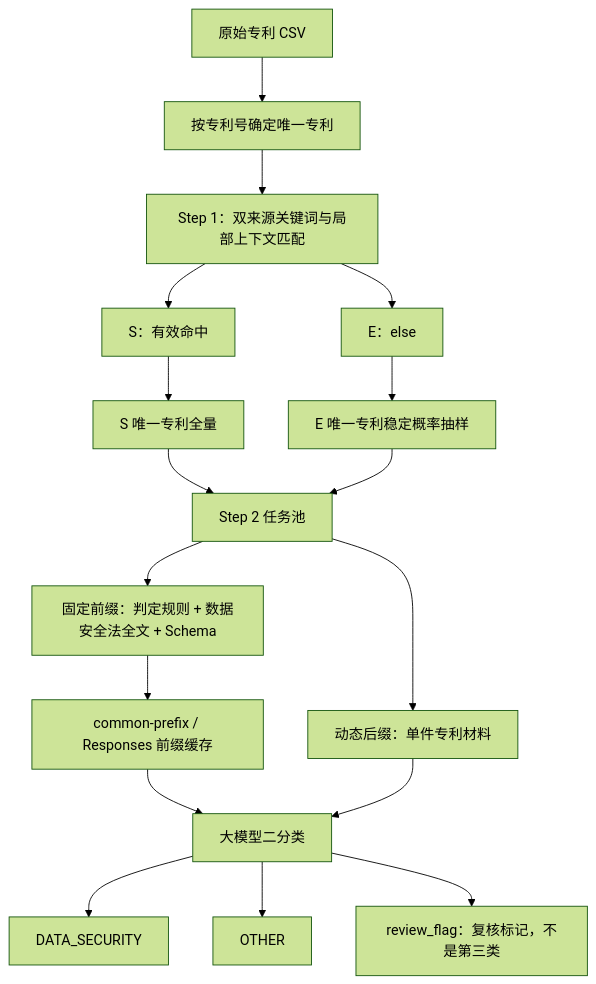
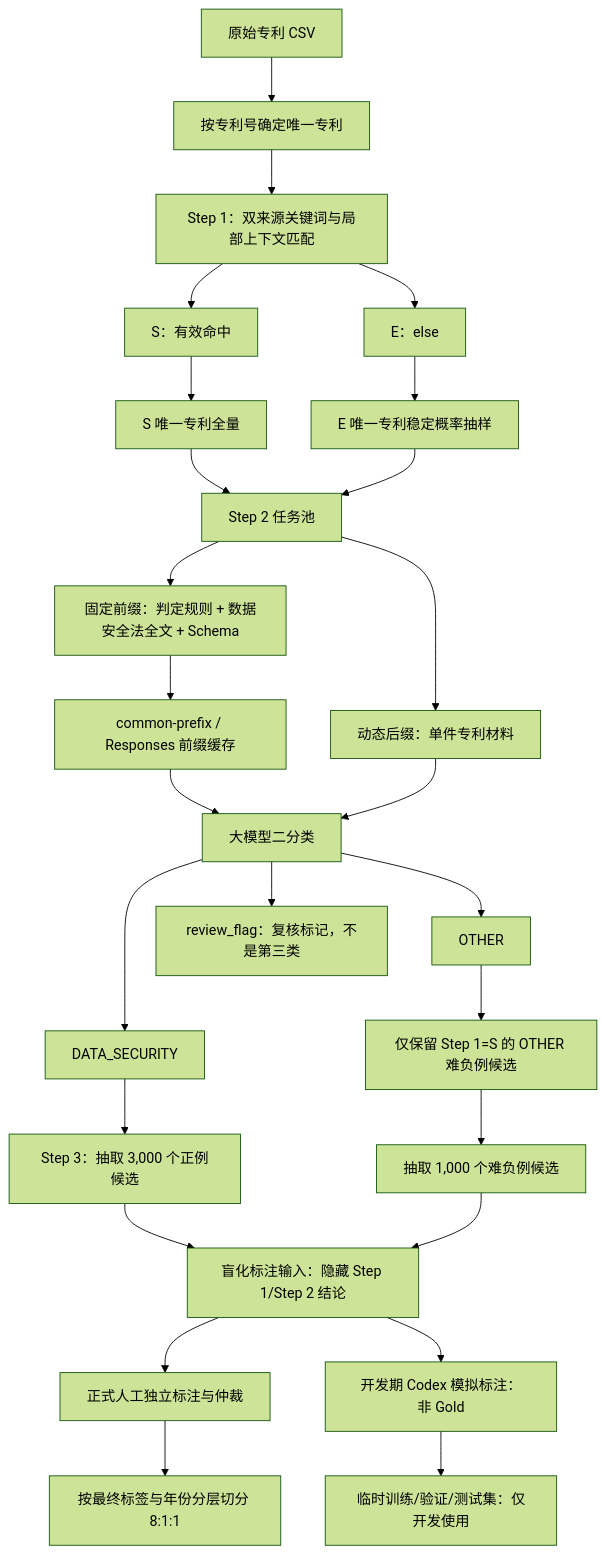
One commit to icy-swan/patent-data-security changed the diagram in docs/patent_identification_methodology.md. Above: the diagram before and after it, drawn with Mermaid (forest theme). The commit also changed other lines of this file and 9 other files, not shown here.

````diff
--- a/docs/patent_identification_methodology.md
+++ b/docs/patent_identification_methodology.md
@@ -71,19 +74,28 @@
 ```mermaid
 flowchart TB
     A["原始专利 CSV"] --> DEDUP["按专利号确定唯一专利"]
     DEDUP --> K["Step 1：双来源关键词与局部上下文匹配"]
     K --> S["S：有效命中"]
     K --> E["E：else"]
     S --> SA["S 唯一专利全量"]
     E --> ES["E 唯一专利稳定概率抽样"]
     SA --> Q["Step 2 任务池"]
     ES --> Q
     Q --> P["固定前缀：判定规则 + 数据安全法全文 + Schema"]
     Q --> X["动态后缀：单件专利材料"]
     P --> CACHE["common-prefix / Responses 前缀缓存"]
     CACHE --> LLM["大模型二分类"]
     X --> LLM
     LLM --> DS["DATA_SECURITY"]
     LLM --> O["OTHER"]
     LLM --> REVIEW["review_flag：复核标记，不是第三类"]
+    DS --> POS["Step 3：抽取 3,000 个正例候选"]
+    O --> HARD["仅保留 Step 1=S 的 OTHER 难负例候选"]
+    HARD --> NEG["抽取 1,000 个难负例候选"]
+    POS --> BLIND["盲化标注输入：隐藏 Step 1/Step 2 结论"]
+    NEG --> BLIND
+    BLIND --> HUMAN["正式人工独立标注与仲裁"]
+    BLIND --> CODEX["开发期 Codex 模拟标注：非 Gold"]
+    HUMAN --> SPLIT["按最终标签与年份分层切分 8:1:1"]
+    CODEX --> PSPLIT["临时训练/验证/测试集：仅开发使用"]
 ```
````
